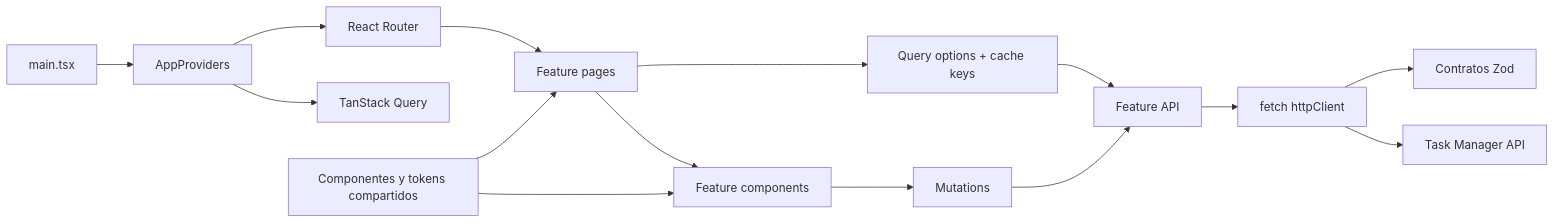
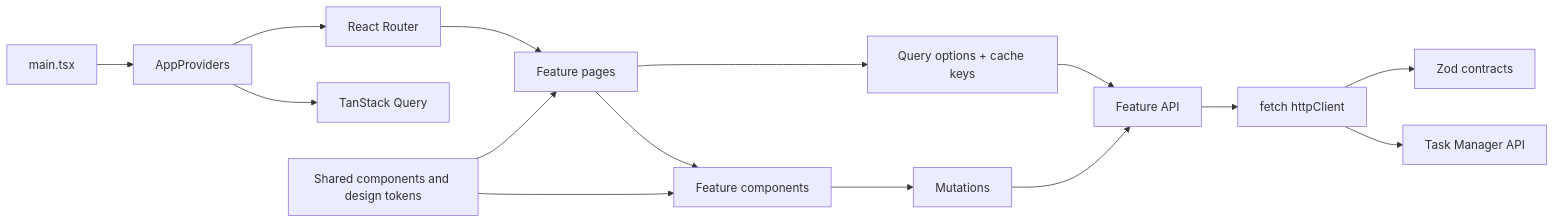
One commit to Jonatlop07/task-manager-challenge changed the diagram in task-manager-ui/README.md. Above: the diagram before and after it, drawn with Mermaid. The commit also changed other lines of this file and 2 other files, not shown here.

````diff
--- a/task-manager-ui/README.md
+++ b/task-manager-ui/README.md
@@ -77,17 +84,17 @@
 ```mermaid
 flowchart LR
   Entry["main.tsx"] --> Providers["AppProviders"]
   Providers --> Router["React Router"]
   Providers --> QueryClient["TanStack Query"]
   Router --> Pages["Feature pages"]
   Pages --> Components["Feature components"]
   Pages --> Queries["Query options + cache keys"]
   Components --> Mutations["Mutations"]
   Queries --> API["Feature API"]
   Mutations --> API
   API --> HttpClient["fetch httpClient"]
-  HttpClient --> Zod["Contratos Zod"]
+  HttpClient --> Zod["Zod contracts"]
   HttpClient --> Backend["Task Manager API"]
-  Shared["Componentes y tokens compartidos"] --> Pages
+  Shared["Shared components and design tokens"] --> Pages
   Shared --> Components
 ```
````
